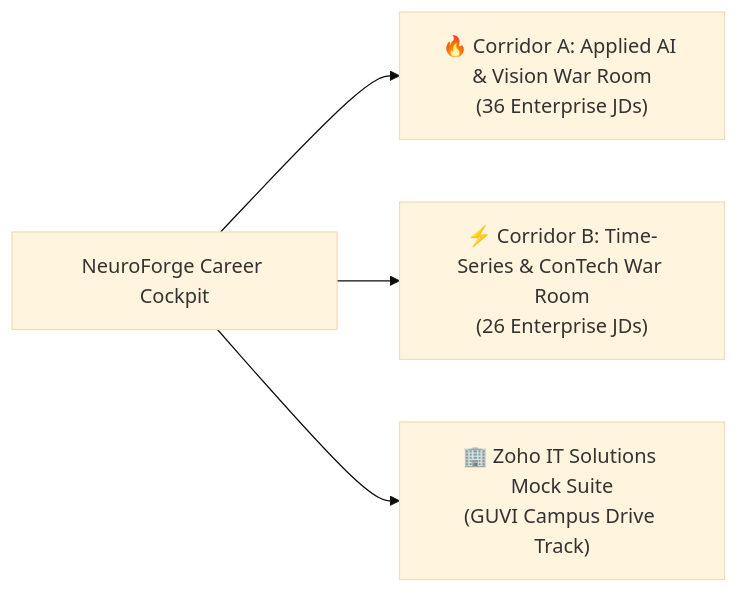
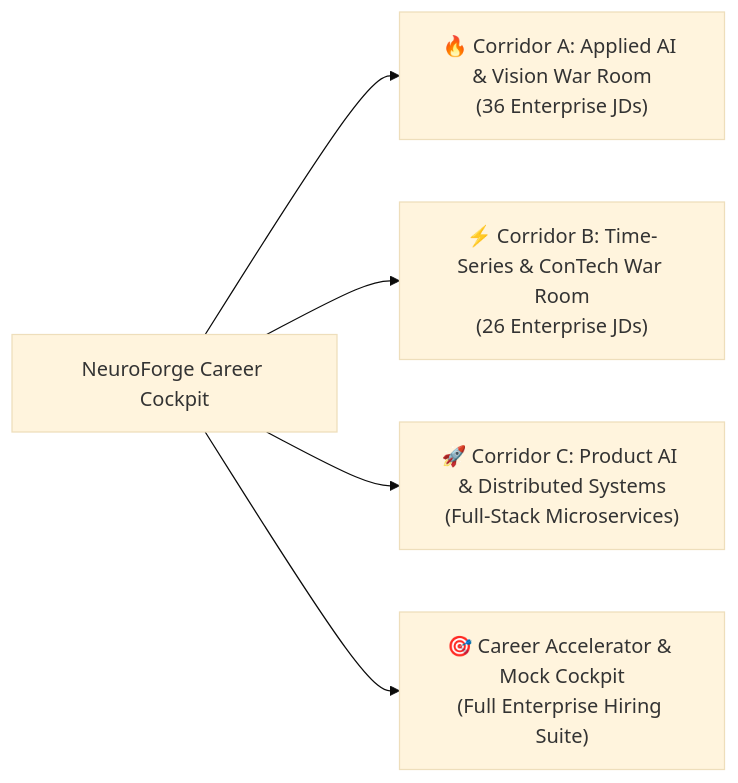
Before and after one commit to pravinkumardatafreak/NeuroForge: the diagram in README.md, drawn with Mermaid (base theme). The commit also changed other lines of this file and 8 other files, not shown here.

First line of the commit message:
feat: add Corridor C Product AI & Systems, relocate modules & streamline enterprise prep

````diff
--- a/README.md
+++ b/README.md
@@ -23,6 +23,7 @@
 ```mermaid
 graph LR
     NF["NeuroForge Career Cockpit"] --> CA["🔥 Corridor A: Applied AI & Vision War Room<br>(36 Enterprise JDs)"]
     NF --> CB["⚡ Corridor B: Time-Series & ConTech War Room<br>(26 Enterprise JDs)"]
-    NF --> ZM["🏢 Zoho IT Solutions Mock Suite<br>(GUVI Campus Drive Track)"]
+    NF --> CC["🚀 Corridor C: Product AI & Distributed Systems<br>(Full-Stack Microservices)"]
+    NF --> AC["🎯 Career Accelerator & Mock Cockpit<br>(Full Enterprise Hiring Suite)"]
 ```
````
